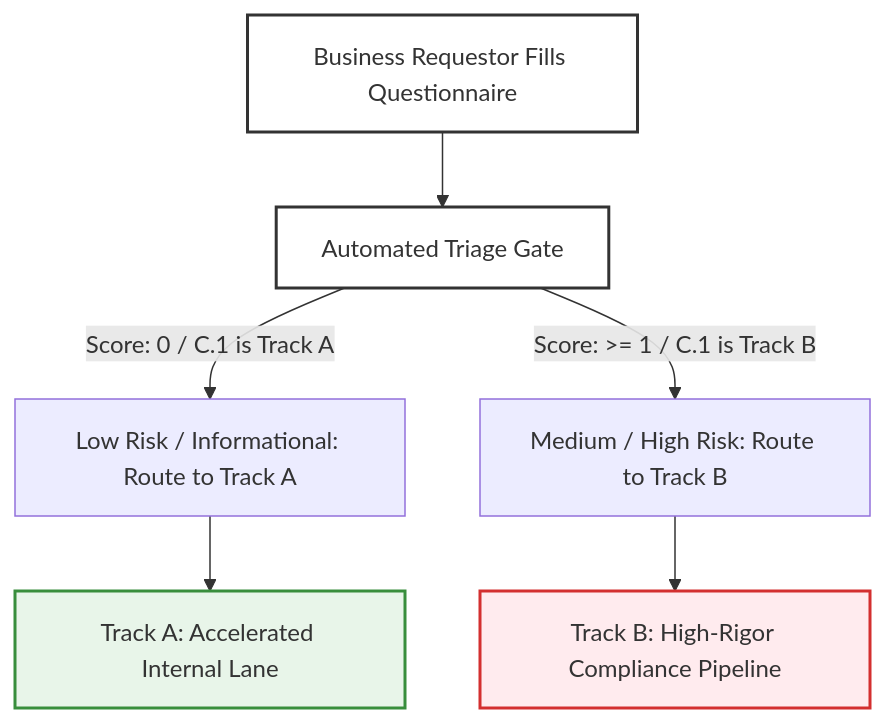
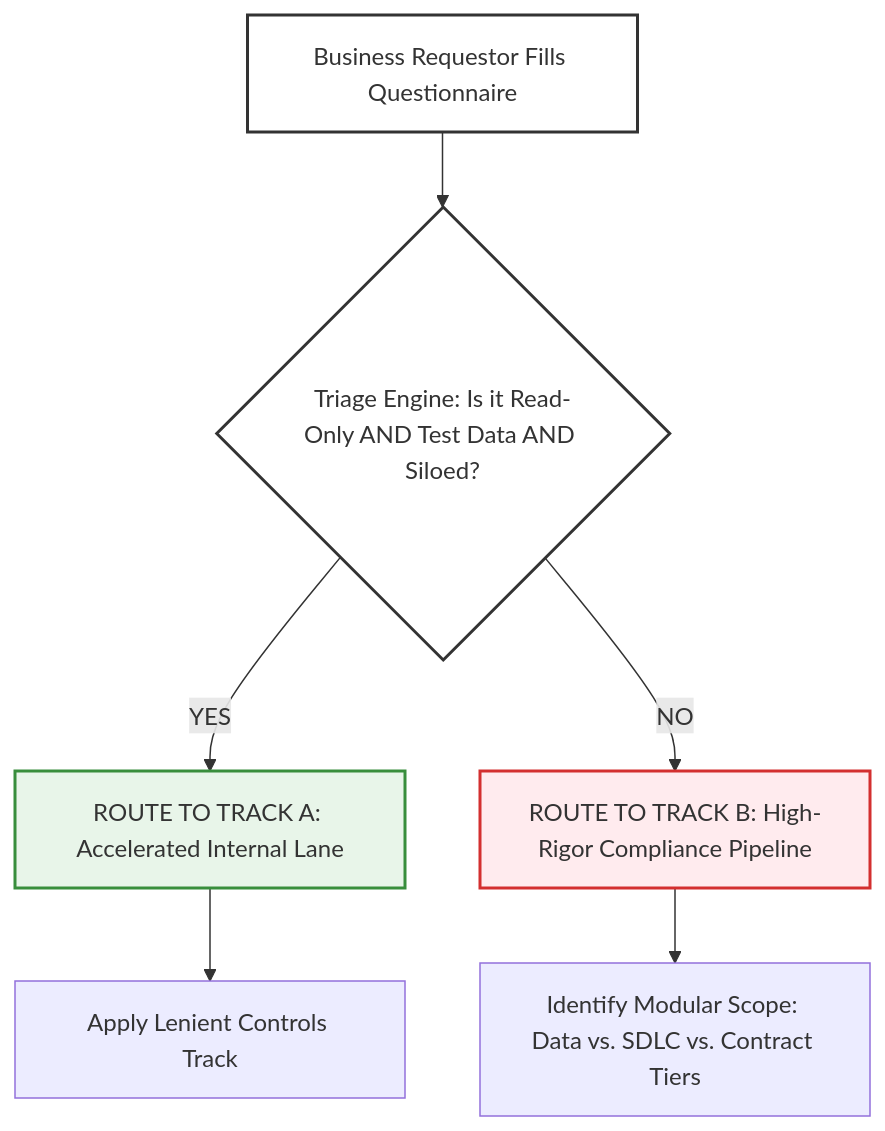
The diagram in 4-operational-toolkits/Supporting-Utilities/4.1-ai-system-intake-template.md (RajatSharma-AIGovernance/ai-governance-portfolio), drawn with Mermaid before and after one commit. The commit also changed other lines of this file, not shown here.

````diff
--- a/4-operational-toolkits/Supporting-Utilities/4.1-ai-system-intake-template.md
+++ b/4-operational-toolkits/Supporting-Utilities/4.1-ai-system-intake-template.md
@@ -21,14 +21,14 @@
 ```mermaid
 graph TD
-    A[Business Requestor Fills Questionnaire] --> B[Automated Triage Gate]
-    B -->|Score: 0 / C.1 is Track A| C[Low Risk / Informational: Route to Track A]
-    B -->|Score: >= 1 / C.1 is Track B| D[Medium / High Risk: Route to Track B]
+    A[Business Requestor Fills Questionnaire] --> B{Triage Engine: Is it Read-Only AND Test Data AND Siloed?}
+    B -->|YES| C[ROUTE TO TRACK A: Accelerated Internal Lane]
+    B -->|NO| D[ROUTE TO TRACK B: High-Rigor Compliance Pipeline]
     
-    C --> E[Track A: Accelerated Internal Lane]
-    D --> f[Track B: High-Rigor Compliance Pipeline]
+    C --> E[Apply Lenient Controls Track]
+    D --> F[Identify Modular Scope: Data vs. SDLC vs. Contract Tiers]
     
     style A fill:#fff,stroke:#333,stroke-width:2px
     style B fill:#fff,stroke:#333,stroke-width:2px
-    style E fill:#e8f5e9,stroke:#388e3c,stroke-width:2px
-    style f fill:#ffebee,stroke:#d32f2f,stroke-width:2px
+    style C fill:#e8f5e9,stroke:#388e3c,stroke-width:2px
+    style D fill:#ffebee,stroke:#d32f2f,stroke-width:2px
 ```
````
